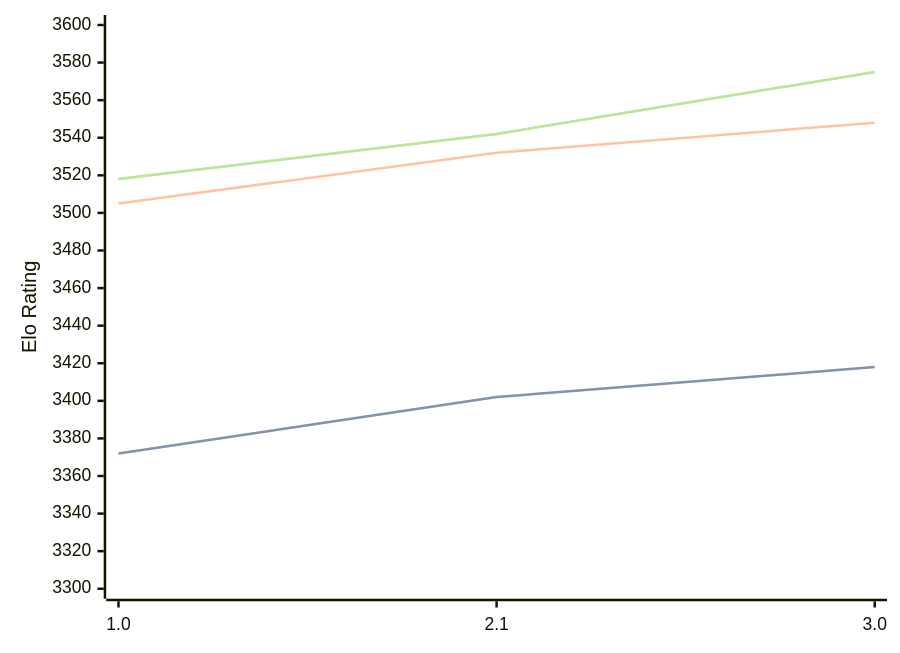
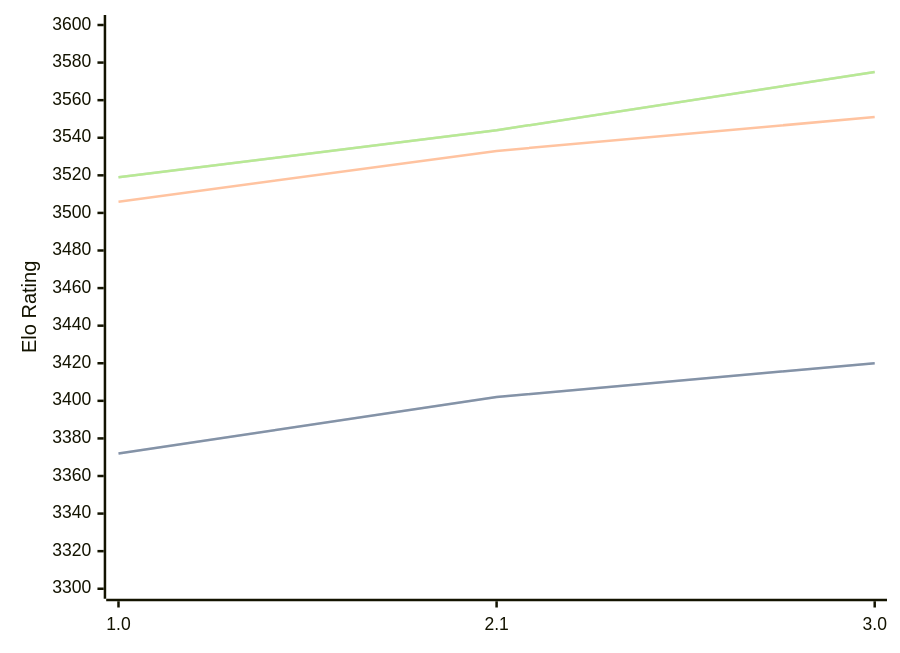
Before and after one commit to computer-chess-index/cci: the diagram in engines/Hobbes.md, drawn with Mermaid. The commit also changed other lines of this file, not shown here.

Commit message:
Update CCI Ratings (ELO VLTC) - 2026-08-29

````diff
--- a/engines/Hobbes.md
+++ b/engines/Hobbes.md
@@ -33,11 +33,11 @@
 ```mermaid
 %%{init: {"theme":"base","themeVariables":{"seriesColors:['#a3a3a3','#222221','#faa371']}}}%%
 xychart-beta
   x-axis ["1.0", "2.1", "3.0"]
   y-axis "Elo Rating" 3300 --> 3600
-  line "" [3372, 3402, 3418]
-  line "STC (8.0+0.08s)" [3372, 3402, 3418]
-  line "LTC (60.0+0.60s)" [3505, 3532, 3548]
-  line "" [3518, 3542, 3575]
-  line "VLTC (2m24s+1.12s)" [3518, 3542, 3575]
+  line "" [3372, 3402, 3420]
+  line "STC (8.0+0.08s)" [3372, 3402, 3420]
+  line "LTC (60.0+0.60s)" [3506, 3533, 3551]
+  line "" [3519, 3544, 3575]
+  line "VLTC (2m24s+1.12s)" [3519, 3544, 3575]
 ```
````
